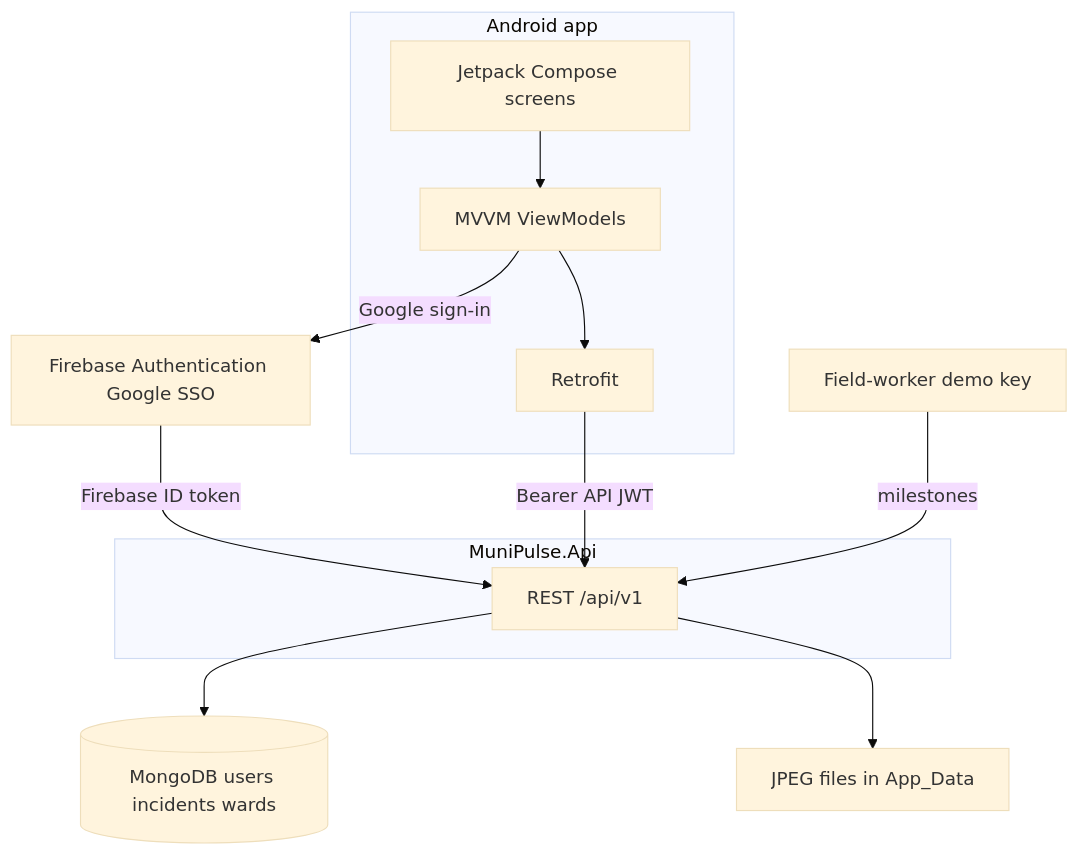
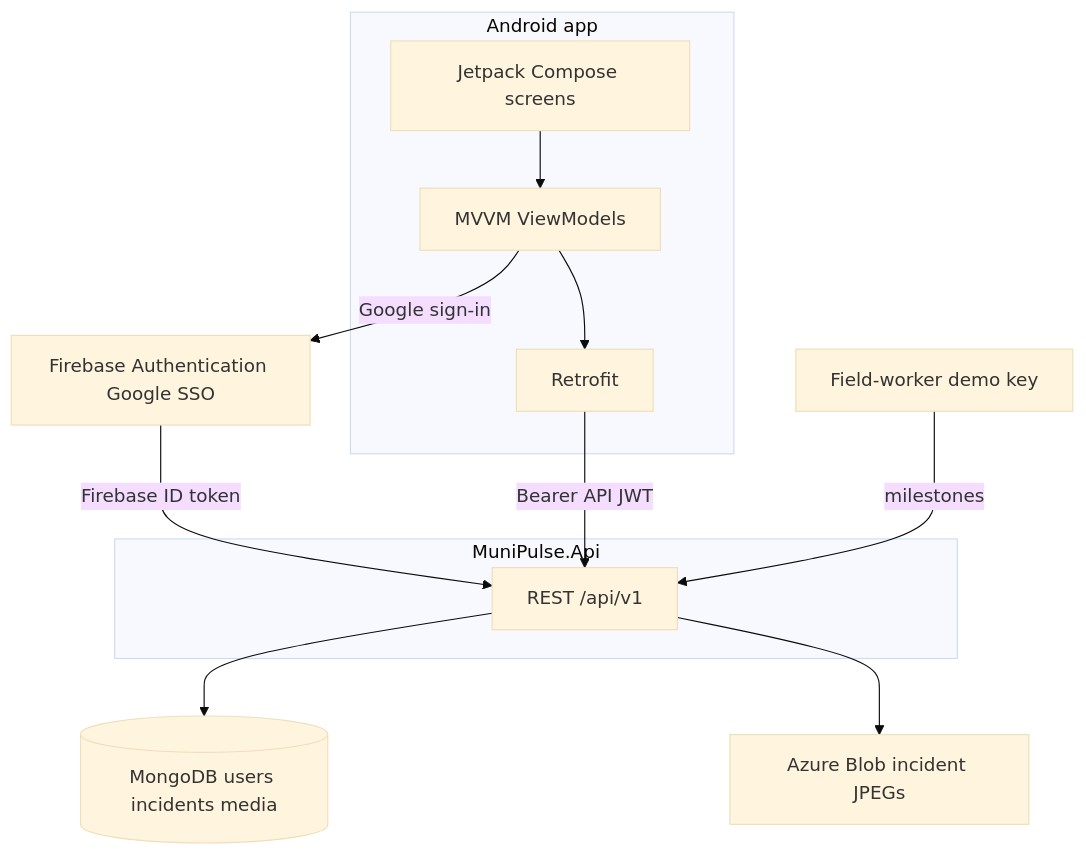
Before and after one commit to akzz98/PROG7314: the diagram in README.md, drawn with Mermaid (base theme). The commit also changed other lines of this file and 15 other files, not shown here.

First line of the commit message:
feat: Implement photo upload functionality using Azure Blob Storage

````diff
--- a/README.md
+++ b/README.md
@@ -23,22 +23,22 @@
 ```mermaid
 flowchart TB
   subgraph client [Android app]
     UI[Jetpack Compose screens]
     VM[MVVM ViewModels]
     HTTP[Retrofit]
     UI --> VM --> HTTP
   end
 
   SSO[Firebase Authentication Google SSO]
   VM -->|Google sign-in| SSO
 
   subgraph server [MuniPulse.Api]
     Routes["REST /api/v1"]
   end
 
   SSO -->|Firebase ID token| Routes
   HTTP -->|Bearer API JWT| Routes
-  Routes --> Mongo[(MongoDB users incidents wards)]
-  Routes --> Disk[JPEG files in App_Data]
+  Routes --> Mongo[(MongoDB users incidents media)]
+  Routes --> Blob[Azure Blob incident JPEGs]
   Marker[Field-worker demo key] -->|milestones| Routes
 ```
````
